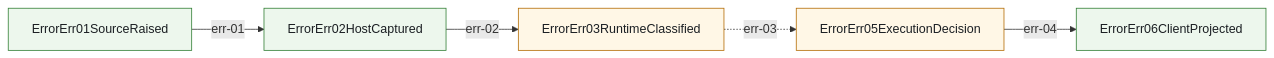
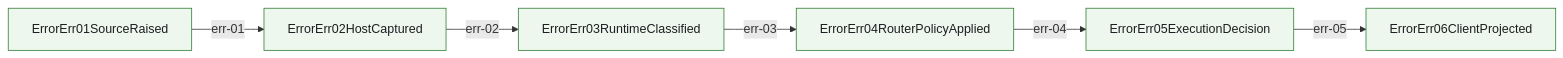
The diagram in docs/architecture/wiki/error-mainline-call-graph.md (Jasonzhangf/routecodex), drawn with Mermaid before and after one commit. The commit also changed other lines of this file and 98 other files, not shown here.

Commit message:
chore(architecture): close runtime gates

````diff
--- a/docs/architecture/wiki/error-mainline-call-graph.md
+++ b/docs/architecture/wiki/error-mainline-call-graph.md
@@ -20,20 +20,23 @@
 ```mermaid
 flowchart LR
   ErrorErr06ClientProjected["ErrorErr06ClientProjected"]
   ErrorErr05ExecutionDecision["ErrorErr05ExecutionDecision"]
+  ErrorErr04RouterPolicyApplied["ErrorErr04RouterPolicyApplied"]
   ErrorErr03RuntimeClassified["ErrorErr03RuntimeClassified"]
   ErrorErr02HostCaptured["ErrorErr02HostCaptured"]
   ErrorErr01SourceRaised["ErrorErr01SourceRaised"]
   ErrorErr01SourceRaised -->|err-01| ErrorErr02HostCaptured
   ErrorErr02HostCaptured -->|err-02| ErrorErr03RuntimeClassified
-  ErrorErr03RuntimeClassified -.->|err-03| ErrorErr05ExecutionDecision
-  ErrorErr05ExecutionDecision -->|err-04| ErrorErr06ClientProjected
+  ErrorErr03RuntimeClassified -->|err-03| ErrorErr04RouterPolicyApplied
+  ErrorErr04RouterPolicyApplied -->|err-04| ErrorErr05ExecutionDecision
+  ErrorErr05ExecutionDecision -->|err-05| ErrorErr06ClientProjected
   classDef anchored fill:#edf7ed,stroke:#2e7d32,stroke-width:1px,color:#1b1f23;
   classDef partial fill:#fff7e6,stroke:#b26a00,stroke-width:1px,color:#1b1f23;
   classDef pending fill:#f4f4f5,stroke:#6b7280,stroke-width:1px,stroke-dasharray: 5 5,color:#1b1f23;
   class ErrorErr01SourceRaised anchored;
   class ErrorErr02HostCaptured anchored;
-  class ErrorErr03RuntimeClassified partial;
-  class ErrorErr05ExecutionDecision partial;
+  class ErrorErr03RuntimeClassified anchored;
+  class ErrorErr04RouterPolicyApplied anchored;
+  class ErrorErr05ExecutionDecision anchored;
   class ErrorErr06ClientProjected anchored;
 ```
````
